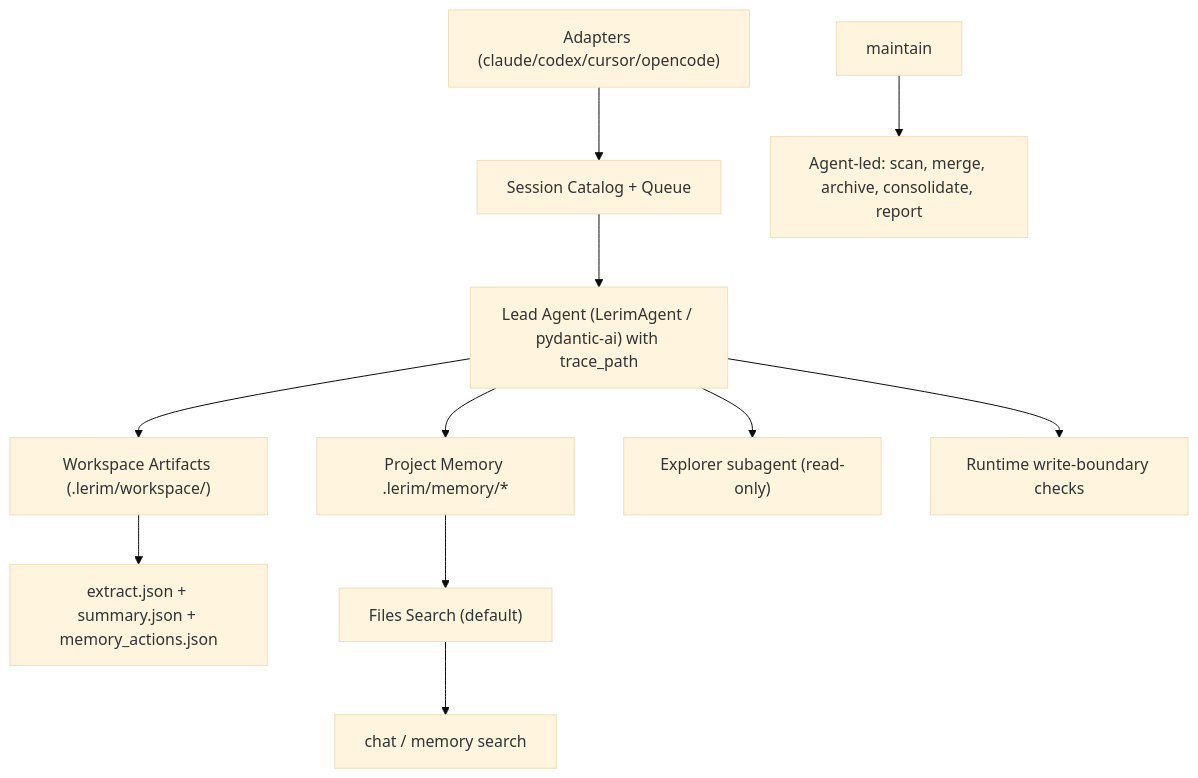
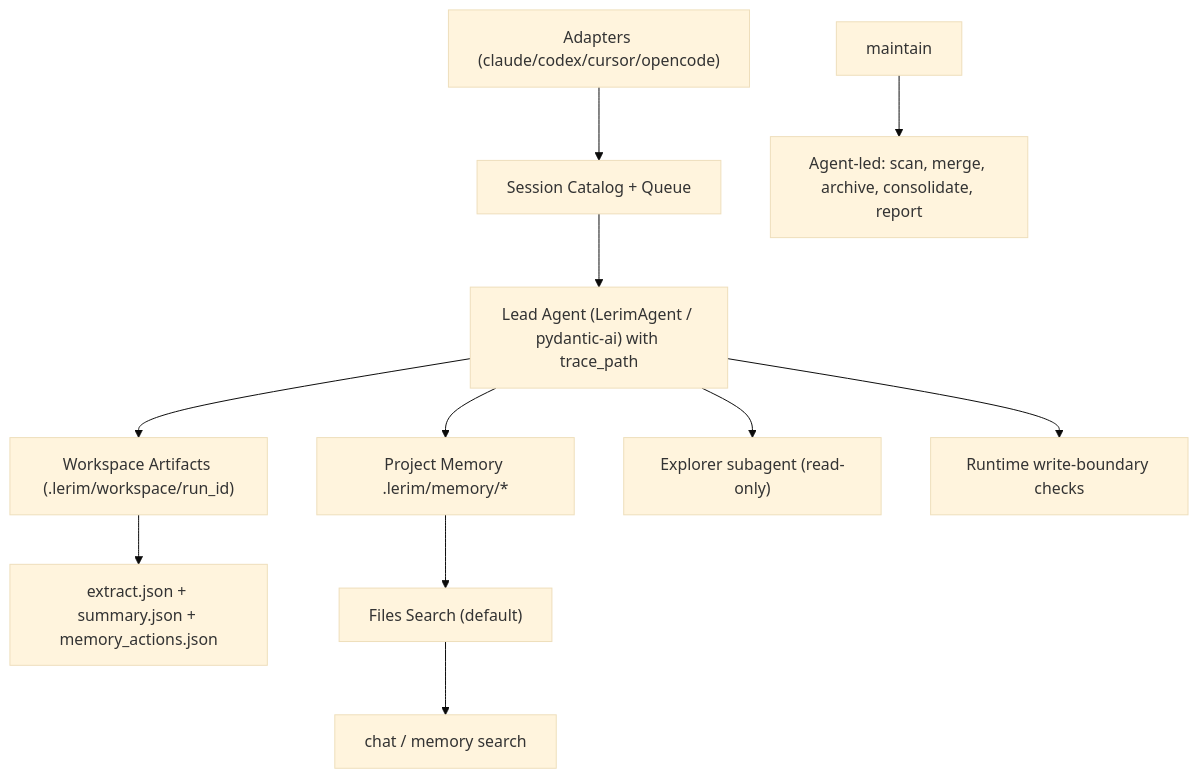
One commit to lerim-dev/lerim-cli changed the diagram in docs/architecture.md. Above: the diagram before and after it, drawn with Mermaid (base theme). The commit also changed other lines of this file and 19 other files, not shown here.

````diff
--- a/docs/architecture.md
+++ b/docs/architecture.md
@@ -28,15 +28,15 @@
 ```mermaid
 flowchart TD
     A["Adapters (claude/codex/cursor/opencode)"] --> B["Session Catalog + Queue"]
     B --> C["Lead Agent (LerimAgent / pydantic-ai) with trace_path"]
-    C --> D["Workspace Artifacts (.lerim/workspace/<run_id>)"]
+    C --> D["Workspace Artifacts (.lerim/workspace/run_id)"]
     D --> E["extract.json + summary.json + memory_actions.json"]
     C --> F["Project Memory .lerim/memory/*"]
     C --> O["Explorer subagent (read-only)"]
     C --> P["Runtime write-boundary checks"]
 
     F --> H["Files Search (default)"]
     H --> L["chat / memory search"]
 
     M["maintain"] --> N["Agent-led: scan, merge, archive, consolidate, report"]
 ```
````
